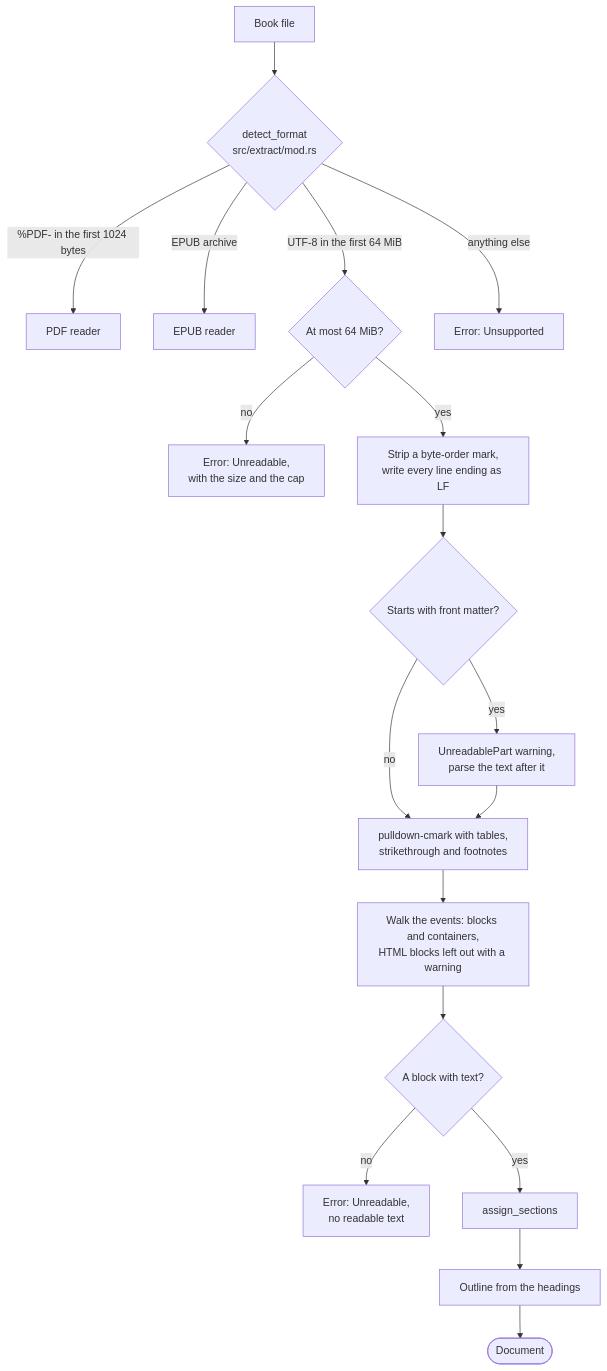
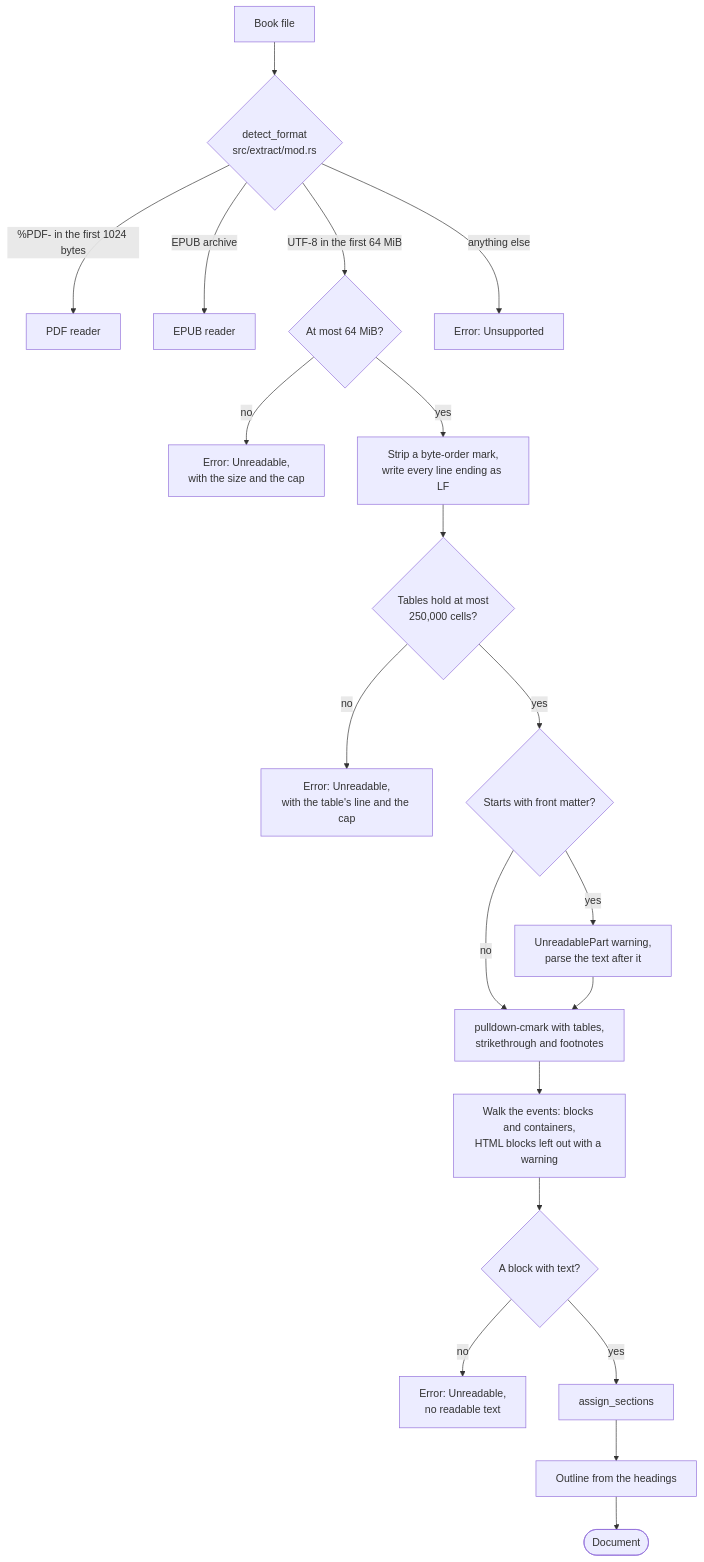
The diagram in docs/markdown-reading.md (AhmedKishki/ebook-hero), drawn with Mermaid before and after one commit. The commit also changed other lines of this file and 4 other files, not shown here.

First line of the commit message:
Refuse Markdown files whose tables could hold more than 250,000 cells

````diff
--- a/docs/markdown-reading.md
+++ b/docs/markdown-reading.md
@@ -7,20 +7,22 @@
 ```mermaid
 flowchart TD
     file["Book file"] --> detect{"detect_format<br/>src/extract/mod.rs"}
     detect -->|"%PDF- in the first 1024 bytes"| pdf["PDF reader"]
     detect -->|"EPUB archive"| epub["EPUB reader"]
     detect -->|"UTF-8 in the first 64 MiB"| size{"At most 64 MiB?"}
     detect -->|"anything else"| unsupported["Error: Unsupported"]
     size -->|no| big["Error: Unreadable,<br/>with the size and the cap"]
     size -->|yes| prepare["Strip a byte-order mark,<br/>write every line ending as LF"]
-    prepare --> front{"Starts with front matter?"}
+    prepare --> cells{"Tables hold at most<br/>250,000 cells?"}
+    cells -->|no| many["Error: Unreadable,<br/>with the table's line and the cap"]
+    cells -->|yes| front{"Starts with front matter?"}
     front -->|yes| warn["UnreadablePart warning,<br/>parse the text after it"]
     front -->|no| parse["pulldown-cmark with tables,<br/>strikethrough and footnotes"]
     warn --> parse
     parse --> walk["Walk the events: blocks and containers,<br/>HTML blocks left out with a warning"]
     walk --> any{"A block with text?"}
     any -->|no| err["Error: Unreadable,<br/>no readable text"]
     any -->|yes| sections["assign_sections"]
     sections --> outline["Outline from the headings"]
     outline --> doc(["Document"])
 ```
````
